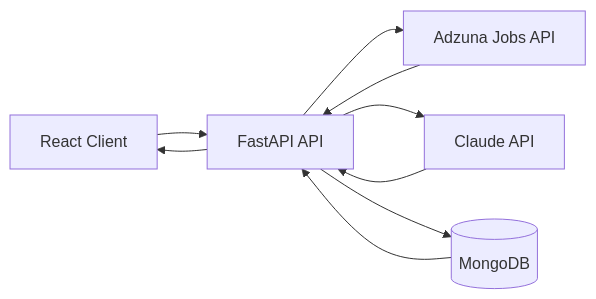
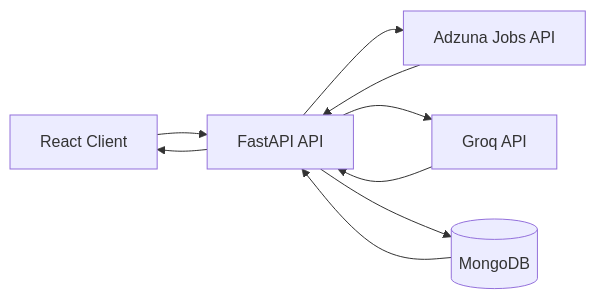
One commit to Its16GB/SkillProof changed the diagram in README.md. Above: the diagram before and after it, drawn with Mermaid. The commit also changed other lines of this file and 7 other files, not shown here.

Commit message:
Switch skill extraction from Claude to Groq

````diff
--- a/README.md
+++ b/README.md
@@ -35,11 +35,11 @@
 ```mermaid
 flowchart LR
     A[React Client] --> B[FastAPI API]
     B --> C[Adzuna Jobs API]
-    B --> D[Claude API]
+    B --> D[Groq API]
     B --> E[(MongoDB)]
     C --> B
     D --> B
     E --> B
     B --> A
 ```
````
